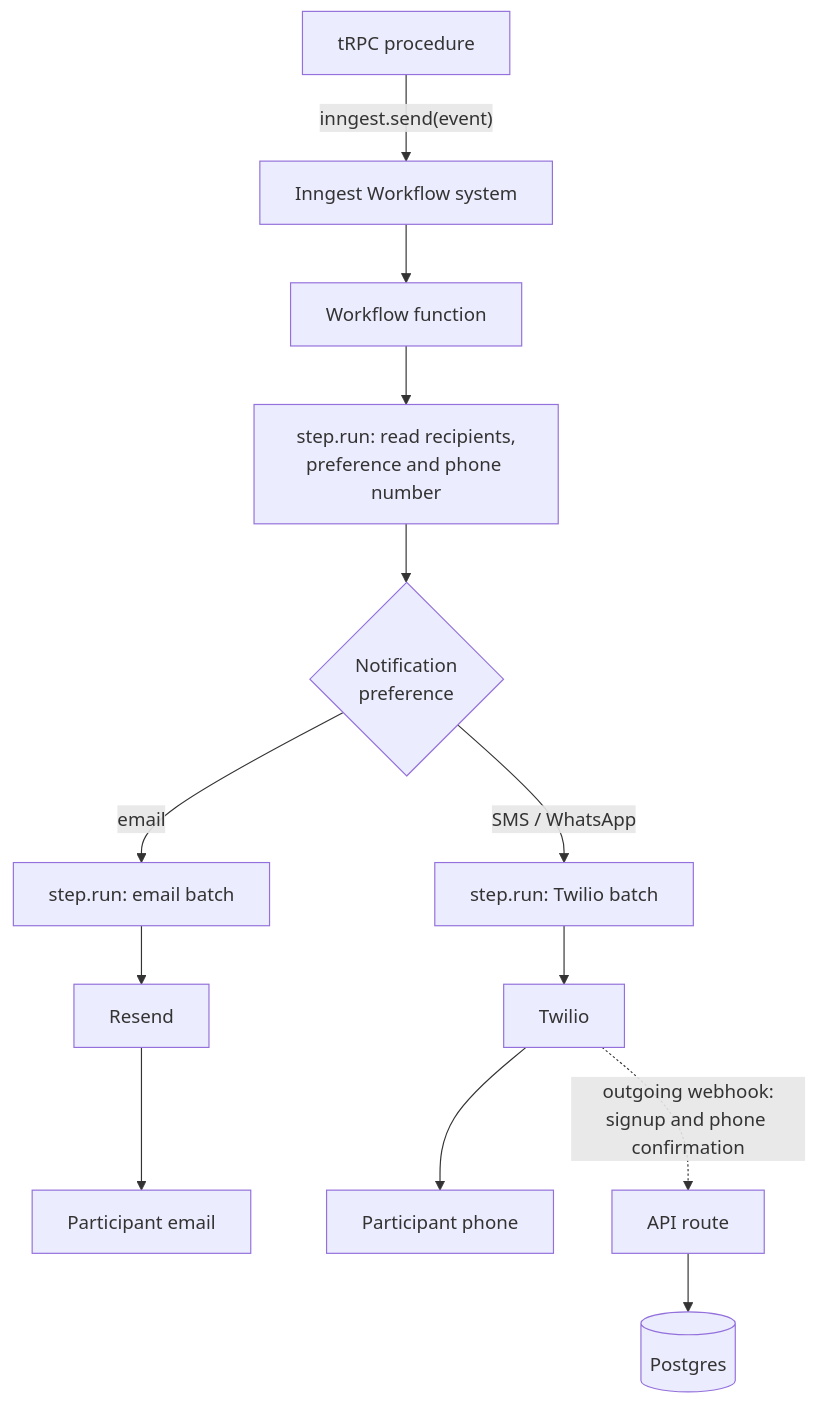
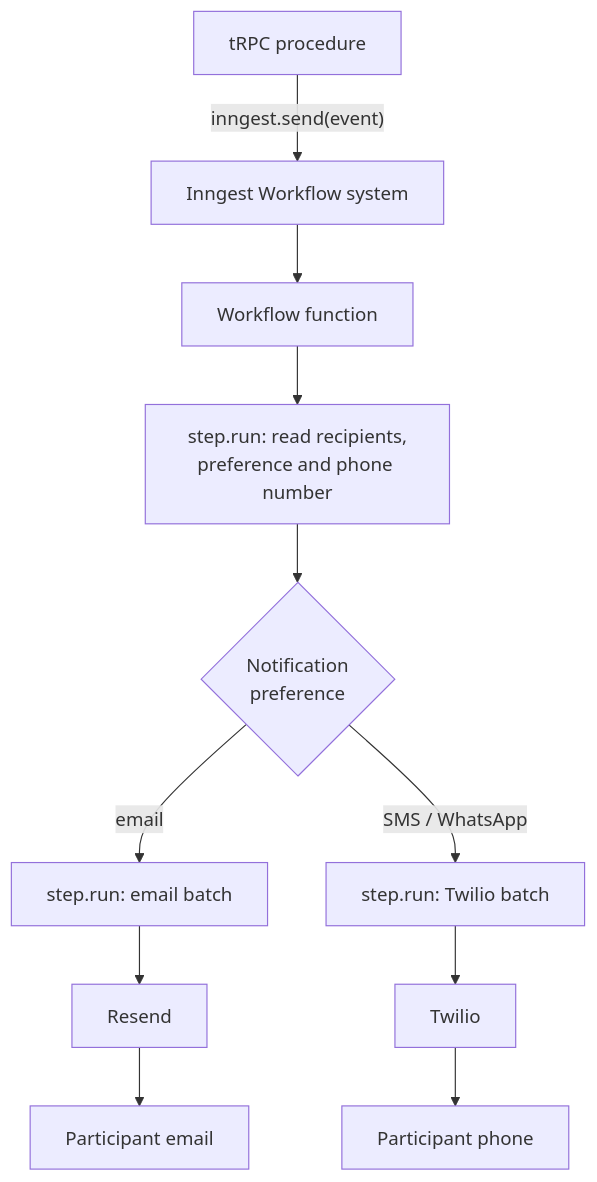
One commit to oneprojectorg/common changed the second of 2 diagrams in docs/adr/0003-support-multi-modal-notifications.md. Above: the diagram before and after it, drawn with Mermaid. The commit also changed other lines of this file, not shown here.

First line of the commit message:
docs: record what the signup build decided

````diff
--- a/docs/adr/0003-support-multi-modal-notifications.md
+++ b/docs/adr/0003-support-multi-modal-notifications.md
@@ -62,18 +77,15 @@
 ```mermaid
 flowchart TD
   proc["tRPC procedure"] -->|"inngest.send(event)"| inngest["Inngest Workflow system"]
   inngest --> fn["Workflow function"]
   fn --> read["step.run: read recipients,
 preference and phone number"]
   read --> pref{"Notification
 preference"}
   pref -->|email| ebatch["step.run: email batch"]
   pref -->|"SMS / WhatsApp"| tbatch["step.run: Twilio batch"]
   ebatch --> resend["Resend"]
   tbatch --> twilio["Twilio"]
   resend --> inbox["Participant email"]
   twilio --> phone["Participant phone"]
-  twilio -.->|"outgoing webhook:
-signup and phone confirmation"| api["API route"]
-  api --> db[("Postgres")]
 ```
````
